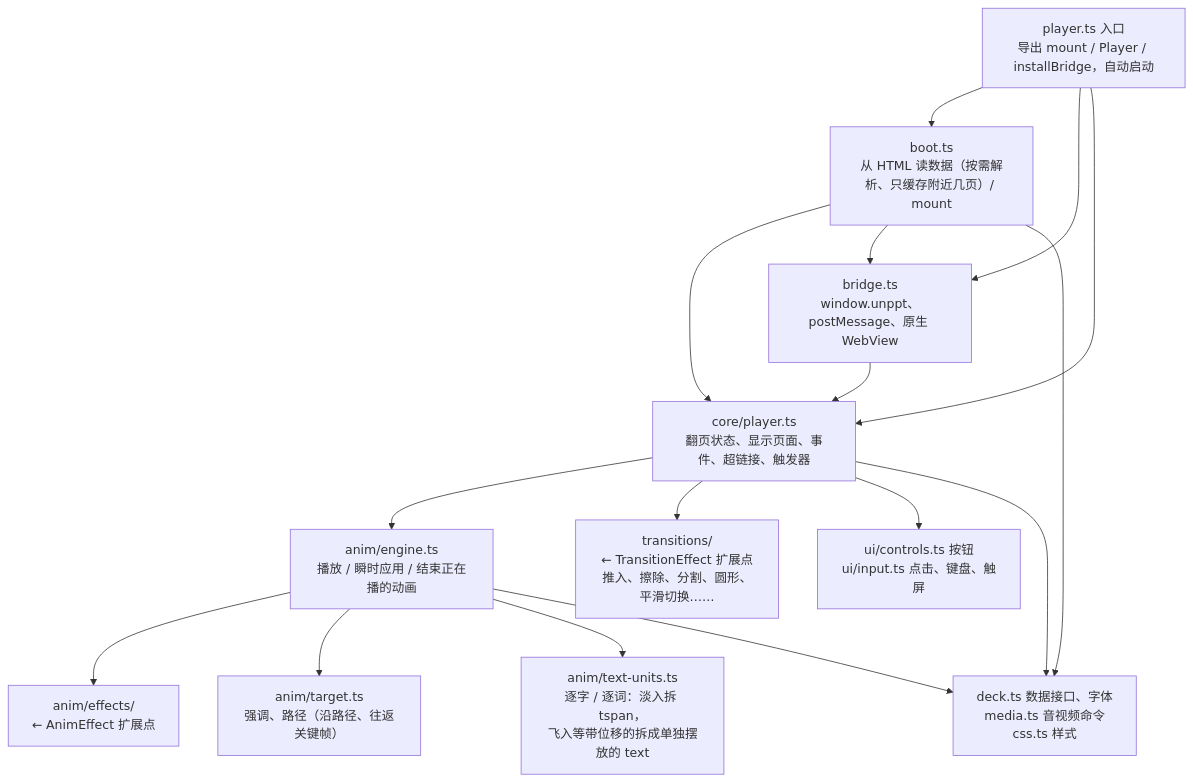
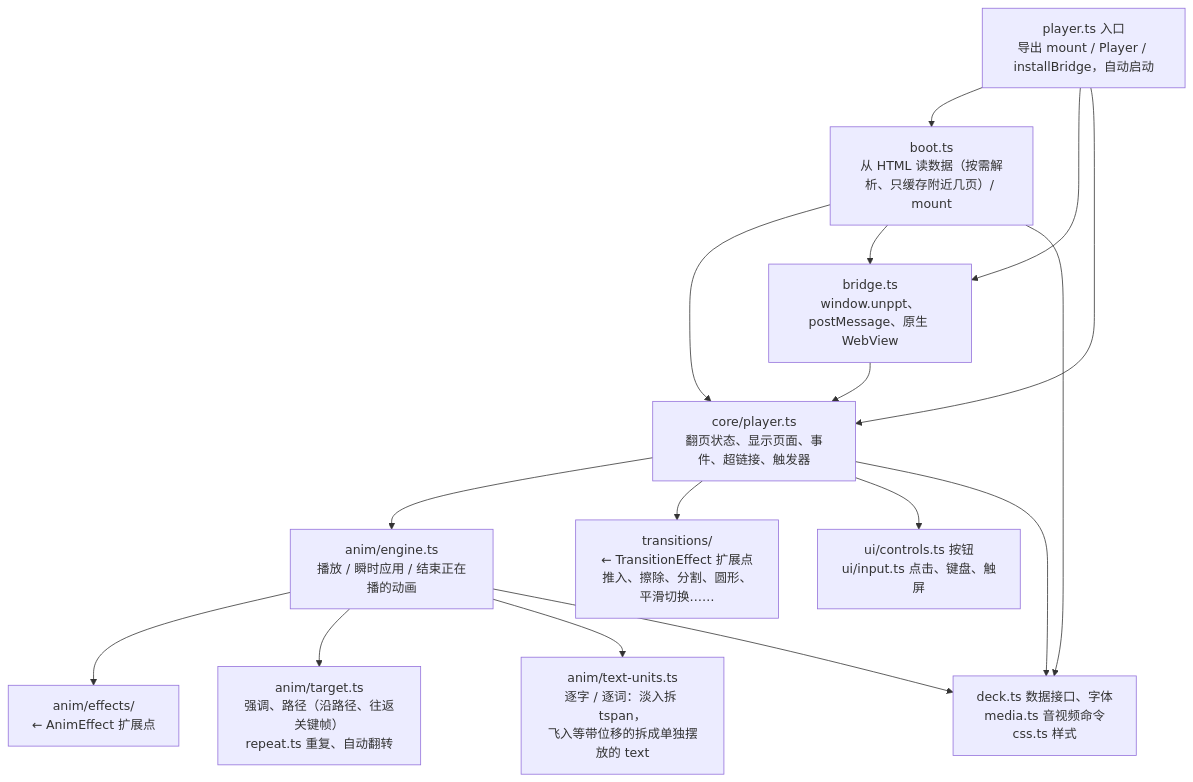
One commit to spitmaster/unppt changed the third of 5 diagrams in docs/architecture.md. Above: the diagram before and after it, drawn with Mermaid. The commit also changed 17 other files, not shown here.

````diff
--- a/docs/architecture.md
+++ b/docs/architecture.md
@@ -71,19 +71,19 @@
 ```mermaid
 flowchart TB
   entry["player.ts 入口<br/>导出 mount / Player / installBridge，自动启动"]
   boot["boot.ts<br/>从 HTML 读数据（按需解析、只缓存附近几页）/ mount"]
   bridge["bridge.ts<br/>window.unppt、postMessage、原生 WebView"]
   core["core/player.ts<br/>翻页状态、显示页面、事件、超链接、触发器"]
   engine["anim/engine.ts<br/>播放 / 瞬时应用 / 结束正在播的动画"]
   effects["anim/effects/<br/>← AnimEffect 扩展点"]
-  target["anim/target.ts<br/>强调、路径（沿路径、往返关键帧）"]
+  target["anim/target.ts<br/>强调、路径（沿路径、往返关键帧）<br/>repeat.ts 重复、自动翻转"]
   units["anim/text-units.ts<br/>逐字 / 逐词：淡入拆 tspan，<br/>飞入等带位移的拆成单独摆放的 text"]
   trans["transitions/<br/>← TransitionEffect 扩展点<br/>推入、擦除、分割、圆形、平滑切换……"]
   ui["ui/controls.ts 按钮<br/>ui/input.ts 点击、键盘、触屏"]
   deck["deck.ts 数据接口、字体<br/>media.ts 音视频命令<br/>css.ts 样式"]
   entry --> boot & bridge & core
   boot --> core & bridge & deck
   bridge --> core
   core --> engine & trans & ui & deck
   engine --> effects & target & units & deck
 ```
````
